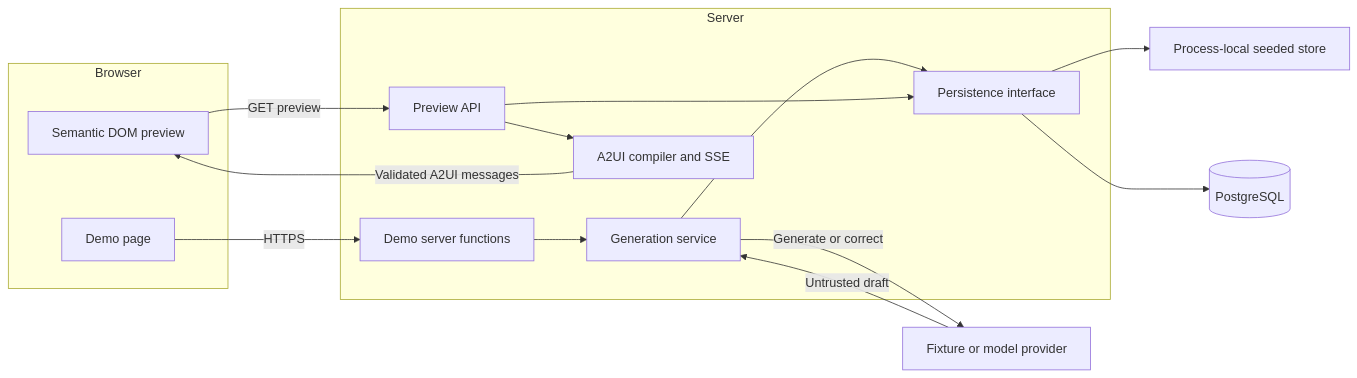
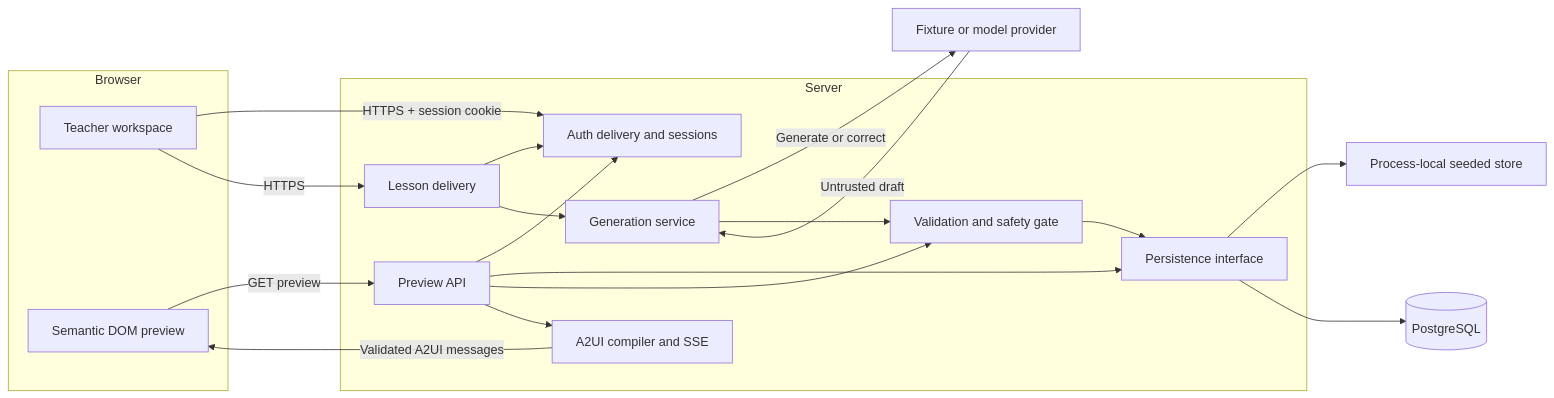
The first of 3 diagrams in ARCHITECTURE.md (abodacs/edu-canvas), drawn with Mermaid before and after one commit. The commit also changed other lines of this file and 1 other file, not shown here.

First line of the commit message:
docs: re-baseline the architecture map and setup guide

````diff
--- a/ARCHITECTURE.md
+++ b/ARCHITECTURE.md
@@ -23,25 +23,32 @@
 ```mermaid
 flowchart LR
     subgraph Browser
-        Page[Demo page]
+        Page[Teacher workspace]
         Preview[Semantic DOM preview]
     end
     subgraph Server
-        Functions[Demo server functions]
+        Auth[Auth delivery and sessions]
+        Delivery[Lesson delivery]
         Generation[Generation service]
+        Safety[Validation and safety gate]
         PreviewAPI[Preview API]
         Compiler[A2UI compiler and SSE]
         Persistence[Persistence interface]
     end
-    Page -->|HTTPS| Functions
-    Functions --> Generation
+    Page -->|HTTPS + session cookie| Auth
+    Page -->|HTTPS| Delivery
+    Delivery --> Auth
+    Delivery --> Generation
     Generation -->|Generate or correct| Provider[Fixture or model provider]
     Provider -->|Untrusted draft| Generation
-    Generation --> Persistence
+    Generation --> Safety
+    Safety --> Persistence
     Preview -->|GET preview| PreviewAPI
+    PreviewAPI --> Auth
     PreviewAPI --> Persistence
+    PreviewAPI --> Safety
     PreviewAPI --> Compiler
     Compiler -->|Validated A2UI messages| Preview
     Persistence --> Seeded[Process-local seeded store]
     Persistence --> Database[(PostgreSQL)]
 ```
````
